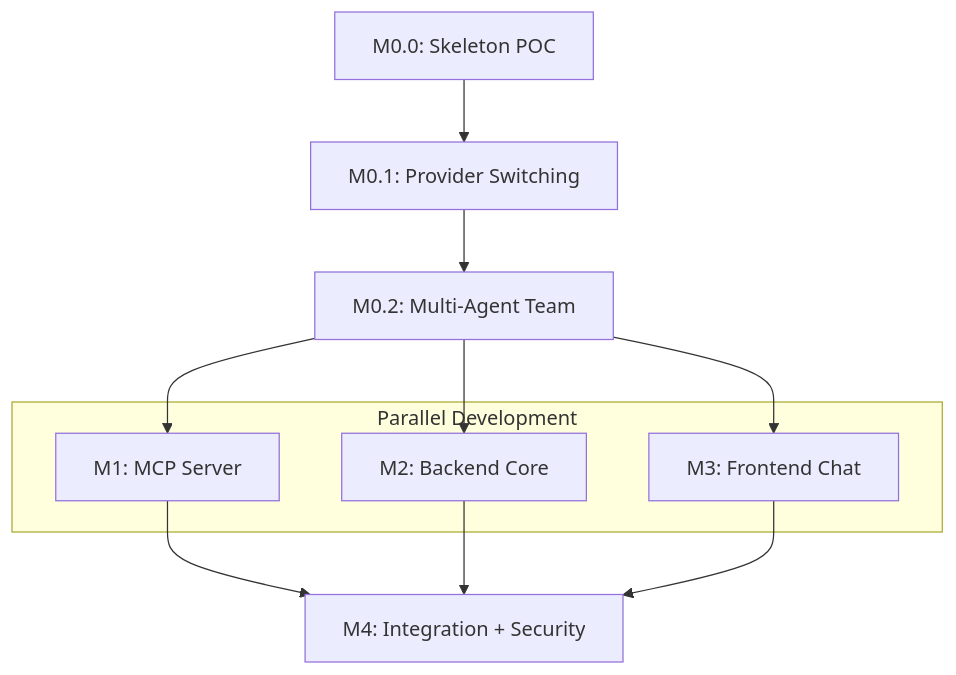
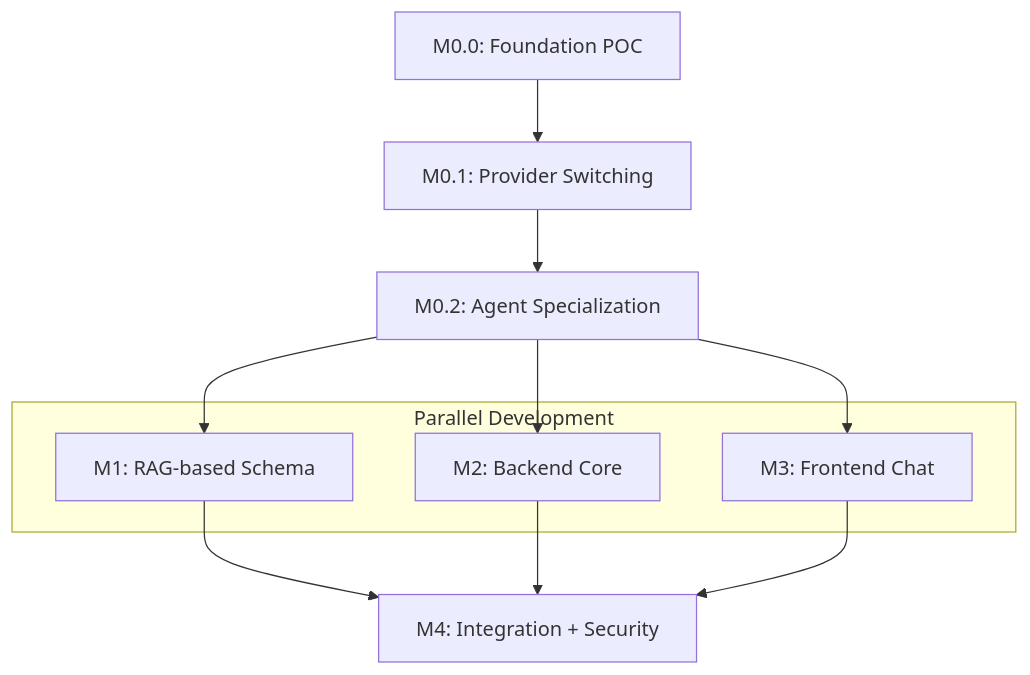
The diagram in specs/OGC-070-catalyst-assistant/tasks.md (DIGI-UW/OpenELIS-Global-2), drawn with Mermaid before and after one commit. The commit also changed other lines of this file and 2 other files, not shown here.

First line of the commit message:
Rescope M0 to establish proper A2A + MCP architecture from day one

````diff
--- a/specs/OGC-070-catalyst-assistant/tasks.md
+++ b/specs/OGC-070-catalyst-assistant/tasks.md
@@ -577,17 +648,17 @@
 ```mermaid
 graph TD
-    M00["M0.0: Skeleton POC"] --> M01["M0.1: Provider Switching"]
-    M01 --> M02["M0.2: Multi-Agent Team"]
-    M02 --> M1["M1: MCP Server"]
+    M00["M0.0: Foundation POC"] --> M01["M0.1: Provider Switching"]
+    M01 --> M02["M0.2: Agent Specialization"]
+    M02 --> M1["M1: RAG-based Schema"]
     M02 --> M2["M2: Backend Core"]
     M02 --> M3["M3: Frontend Chat"]
     M1 --> M4["M4: Integration + Security"]
     M2 --> M4
     M3 --> M4
 
     subgraph parallel ["Parallel Development"]
         M1
         M2
         M3
     end
 ```
````
